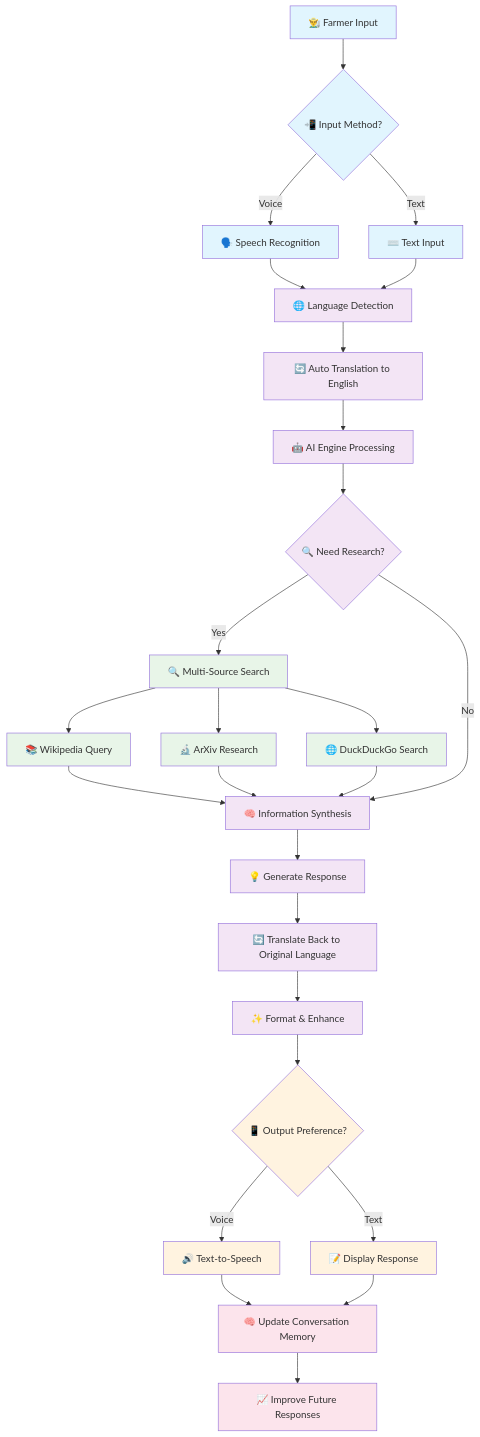
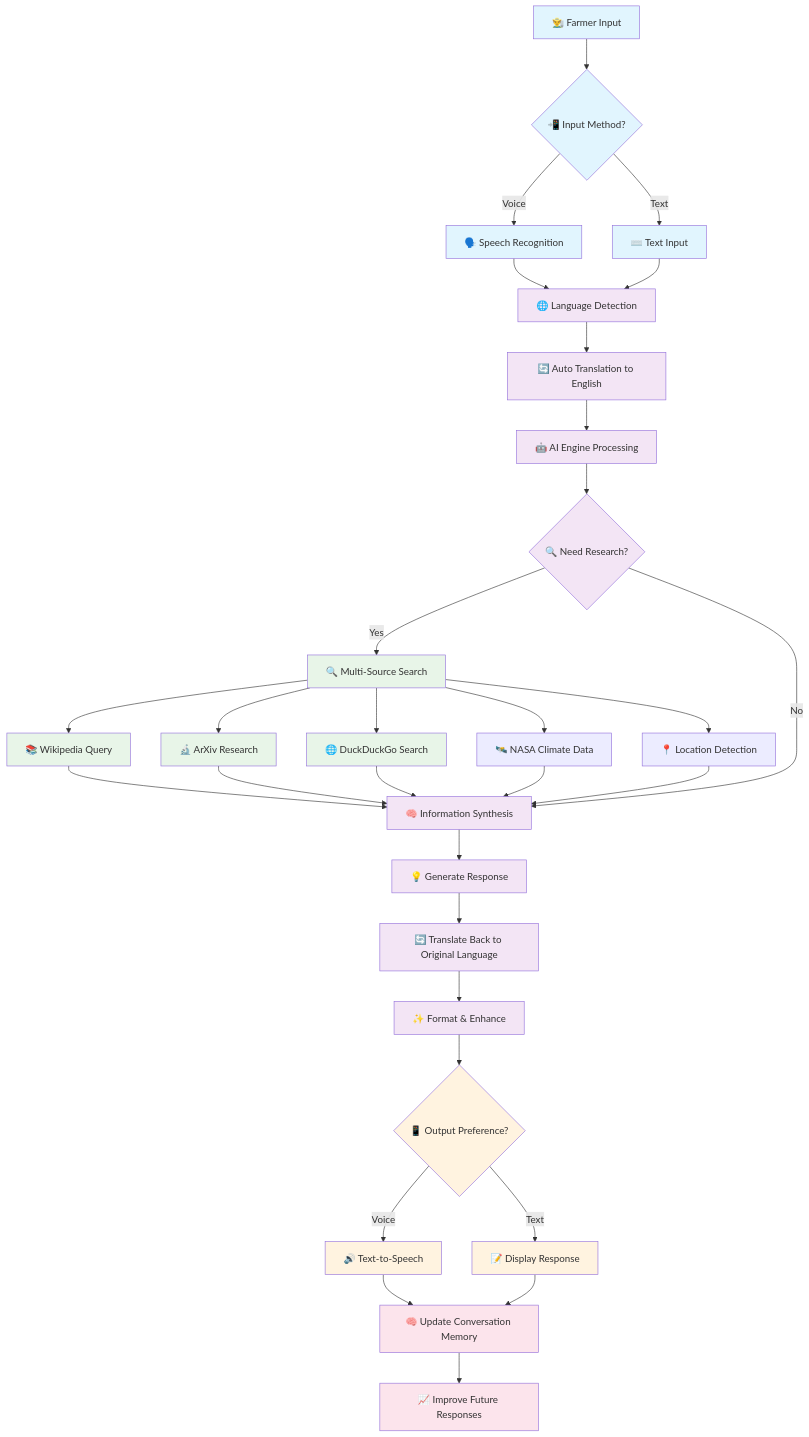
The first of 4 diagrams in README.md (Rafi-uzzaman/RootSource), drawn with Mermaid before and after one commit. The commit also changed other lines of this file and 3 other files, not shown here.

First line of the commit message:
feat: Add NASA dataset integration and location-based insights

````diff
--- a/README.md
+++ b/README.md
@@ -45,57 +45,61 @@
 ```mermaid
 graph TD
     A[👨‍🌾 Farmer Input] --> B{📲 Input Method?}
     
     %% Input Methods
     B -->|Voice| C[🗣️ Speech Recognition]
     B -->|Text| D[⌨️ Text Input]
     
     %% Language Processing
     C --> E[🌐 Language Detection]
     D --> E
     E --> F[🔄 Auto Translation to English]
     
     %% AI Processing
     F --> G[🤖 AI Engine Processing]
     G --> H{🔍 Need Research?}
     
     %% Research Branch
     H -->|Yes| I[🔍 Multi-Source Search]
     I --> J[📚 Wikipedia Query]
     I --> K[🔬 ArXiv Research]
     I --> L[🌐 DuckDuckGo Search]
+    I --> M1[🛰️ NASA Climate Data]
+    I --> N1[📍 Location Detection]
     
     %% Data Integration
     J --> M[🧠 Information Synthesis]
     K --> M
     L --> M
+    M1 --> M
+    N1 --> M
     H -->|No| M
     
     %% Response Generation
     M --> N[💡 Generate Response]
     N --> O[🔄 Translate Back to Original Language]
     O --> P[✨ Format & Enhance]
     
     %% Output Methods
     P --> Q{📱 Output Preference?}
     Q -->|Voice| R[🔊 Text-to-Speech]
     Q -->|Text| S[📝 Display Response]
     
     %% Memory & Learning
     R --> T[🧠 Update Conversation Memory]
     S --> T
     T --> U[📈 Improve Future Responses]
     
     %% Styling for better visualization
     classDef userInput fill:#e1f5fe
     classDef processing fill:#f3e5f5
     classDef research fill:#e8f5e8
     classDef output fill:#fff3e0
     classDef memory fill:#fce4ec
     
     class A,B,C,D userInput
     class E,F,G,H,M,N,O,P processing
     class I,J,K,L research
     class Q,R,S output
     class T,U memory
 ```
````
